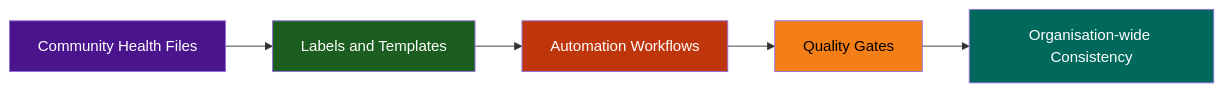
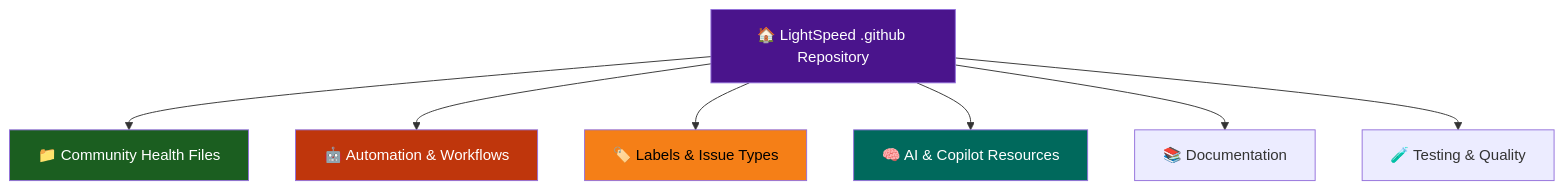
One commit to lightspeedwp/.github changed the first of 5 diagrams in README.md. Above: the diagram before and after it, drawn with Mermaid. The commit also changed other lines of this file and 243 other files, not shown here.

First line of the commit message:
test(accessibility): README.md update script testing + Mermaid accessibility enhancement

````diff
--- a/README.md
+++ b/README.md
@@ -72,15 +72,18 @@
 ```mermaid
-graph LR
-  accTitle: graph diagram
-  accDescr: graph flowchart
-    A["Community Health Files"] --> B["Labels and Templates"]
-    B --> C["Automation Workflows"]
-    C --> D["Quality Gates"]
-    D --> E["Organisation-wide Consistency"]
+graph TD
+%%{init: { 'accessibility': { 'diagWithoutTitle':true } }}%%
+accTitle: Repository architecture overview
+accDescr: High-level view of the .github repository structure, showing community health files, automation workflows, canonical labels, AI/collaboration resources, supporting documentation, and testing artefacts.
+    A[🏠 LightSpeed .github Repository] --> B[📁 Community Health Files]
+    A --> C[🤖 Automation & Workflows]
+    A --> D[🏷️ Labels & Issue Types]
+    A --> E[🧠 AI & Copilot Resources]
+    A --> F[📚 Documentation]
+    A --> G[🧪 Testing & Quality]
 
     style A fill:#4a148c,color:#fff
     style B fill:#1b5e20,color:#fff
     style C fill:#bf360c,color:#fff
     style D fill:#f57f17,color:#000
     style E fill:#00695c,color:#fff
 ```
````
